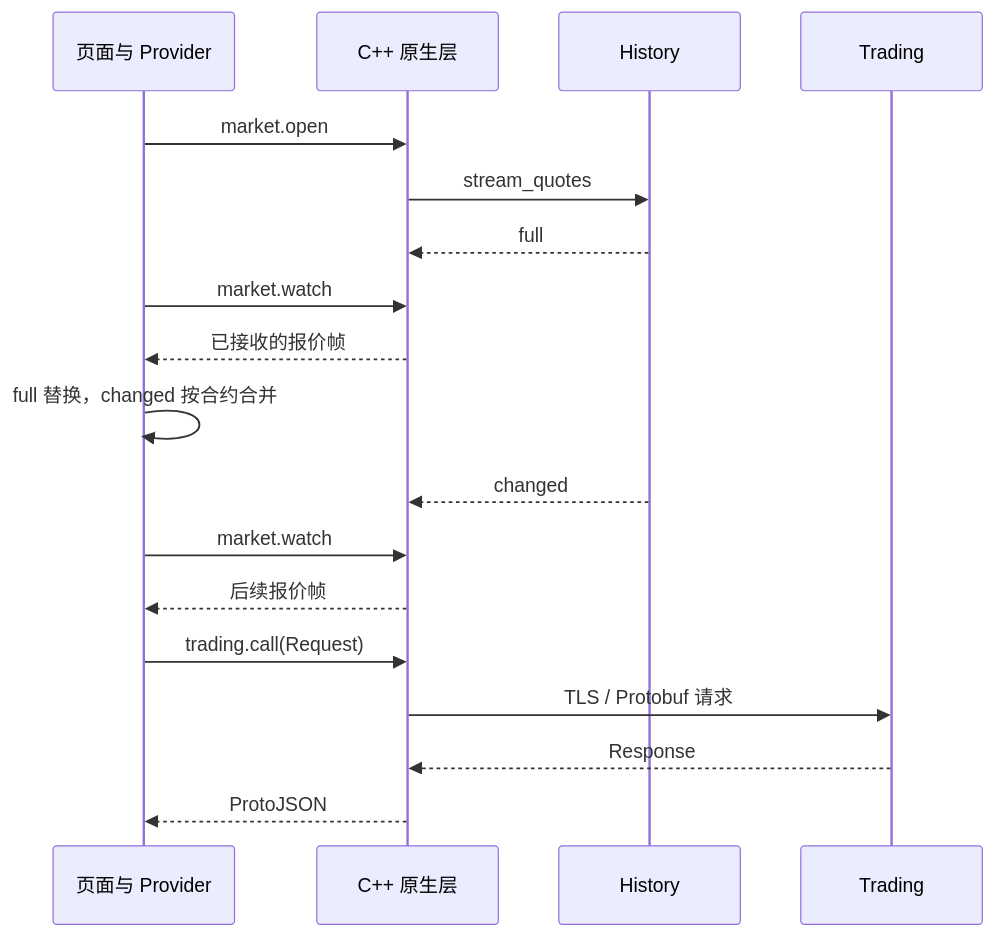
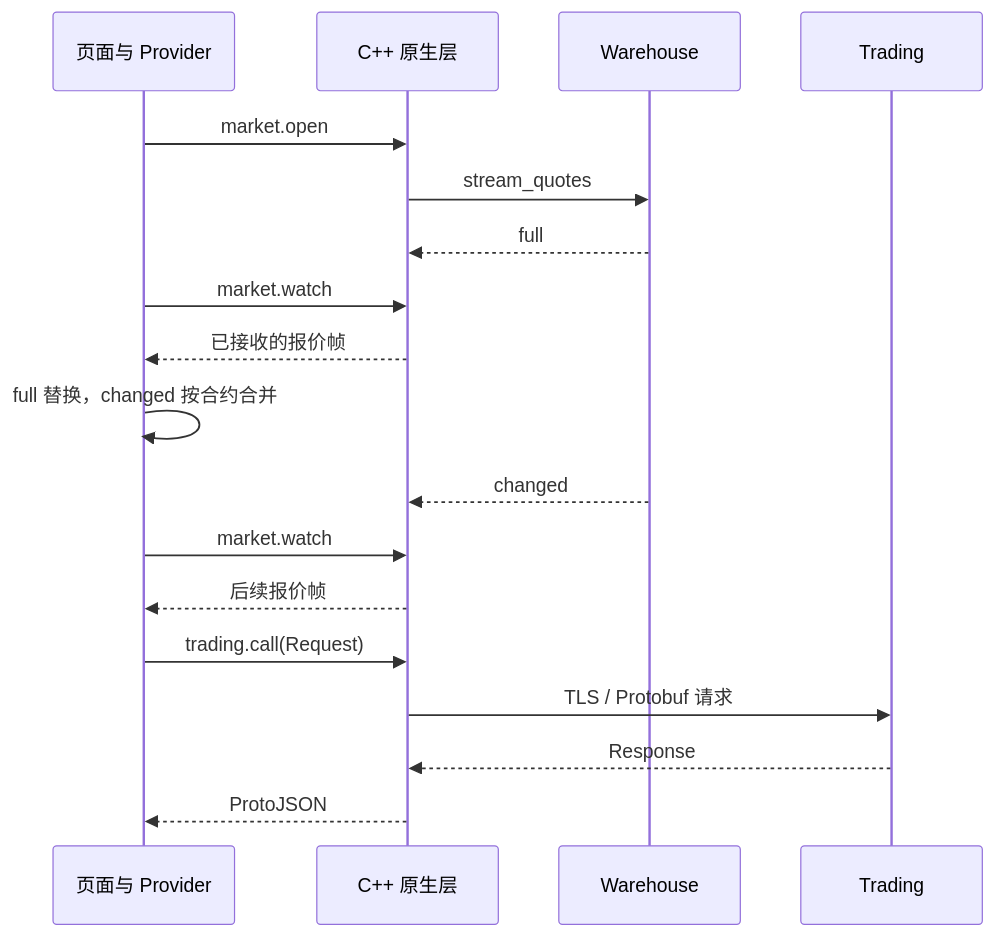
One commit to isqiwen/asterion-terminal changed the fourth of 4 diagrams in docs/terminal/architecture.md. Above: the diagram before and after it, drawn with Mermaid. The commit also changed other lines of this file and 329 other files, not shown here.

````diff
--- a/docs/terminal/architecture.md
+++ b/docs/terminal/architecture.md
@@ -80,20 +80,20 @@
 ```mermaid
 sequenceDiagram
     participant UI as 页面与 Provider
     participant Native as C++ 原生层
-    participant History
+    participant Warehouse
     participant Trading
     UI->>Native: market.open
-    Native->>History: stream_quotes
-    History-->>Native: full
+    Native->>Warehouse: stream_quotes
+    Warehouse-->>Native: full
     UI->>Native: market.watch
     Native-->>UI: 已接收的报价帧
     UI->>UI: full 替换，changed 按合约合并
-    History-->>Native: changed
+    Warehouse-->>Native: changed
     UI->>Native: market.watch
     Native-->>UI: 后续报价帧
     UI->>Native: trading.call(Request)
     Native->>Trading: TLS / Protobuf 请求
     Trading-->>Native: Response
     Native-->>UI: ProtoJSON
 ```
````
